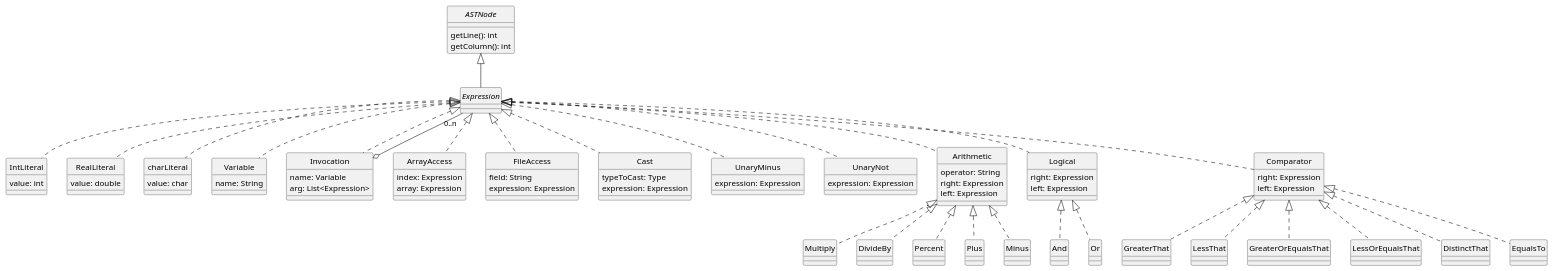
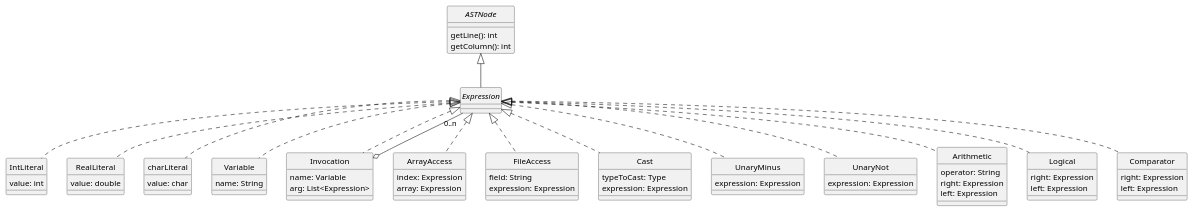
Before and after one commit to uo277516/dlp-compiler: the diagram in docs/diagrams/expressions.plantuml, drawn with PlantUML. The commit also changed 7 other files, not shown here.

Commit message:
Final clase 15/02/2022 -Diagramas actualizados (falta en código y en types añadir): vuelta type y functype, borrar and,or... -Lexico empezado

```diff
--- a/docs/diagrams/expressions.plantuml
+++ b/docs/diagrams/expressions.plantuml
@@ -1,145 +1,107 @@
 @startuml Expressions
 skinparam style strictuml
 skinparam monochrome true
 
 
 interface ASTNode {
     getLine(): int
     getColumn(): int
 }
 
 interface Expression
 
 class IntLiteral {
     value: int
 }
 
 class RealLiteral {
     value: double
 }
 
 class charLiteral {
     value: char
 }
 
 class Variable {
     name: String
 }
 
 class Invocation {
     name: Variable
     arg: List<Expression>
 }
 
 class ArrayAccess {
     index: Expression
     array: Expression
 
 }
 
 
-class Multiply {
-}
 
-class DivideBy {}
-
-class Percent{}
-
-class Plus{}
-
-class Minus{}
-
-class GreaterThat{}
-
-class LessThat{}
-
-class GreaterOrEqualsThat{}
-
-class LessOrEqualsThat{}
-
-class DistinctThat{}
-
-class EqualsTo{}
 
 class FileAccess {
     field: String
     expression: Expression
 }
 
-class And
 
-class Or
 
 class Cast{
     typeToCast: Type
     expression: Expression
 }
 
 class UnaryMinus {
     expression: Expression
 }
 
 class UnaryNot {
     expression: Expression
 }
 
 class Arithmetic {
     operator: String
     right: Expression
     left: Expression
 }
 class Logical {
 
     right: Expression
     left: Expression
 
 }
 
 class Comparator {
     right: Expression
     left: Expression
 }
 
 
 Invocation o-- "0..n" Expression
 
 
 Expression <|.. Invocation
 
 
 
 ASTNode <|-- Expression
 Expression <|.. IntLiteral
 Expression <|.. RealLiteral
 Expression <|.. charLiteral
 Expression <|.. Variable
 Expression <|.. Cast
 Expression <|.. UnaryMinus
 Expression <|.. UnaryNot
 
 Expression <|.. FileAccess
 Expression <|.. Arithmetic
 Expression <|.. Logical
 
 Expression <|.. Comparator
 
 Expression <|.. ArrayAccess
 
-Arithmetic <|.. Plus
-Arithmetic <|.. Multiply
-Arithmetic <|.. DivideBy
-Arithmetic <|.. Percent
-Arithmetic <|.. Minus
 
 
-Logical <|.. And
-Logical <|.. Or
-
-Comparator <|.. GreaterThat
-Comparator <|.. GreaterOrEqualsThat
-Comparator <|.. LessOrEqualsThat
-Comparator <|.. LessThat
-Comparator <|.. EqualsTo
-Comparator <|.. DistinctThat
-
 @enduml
```
